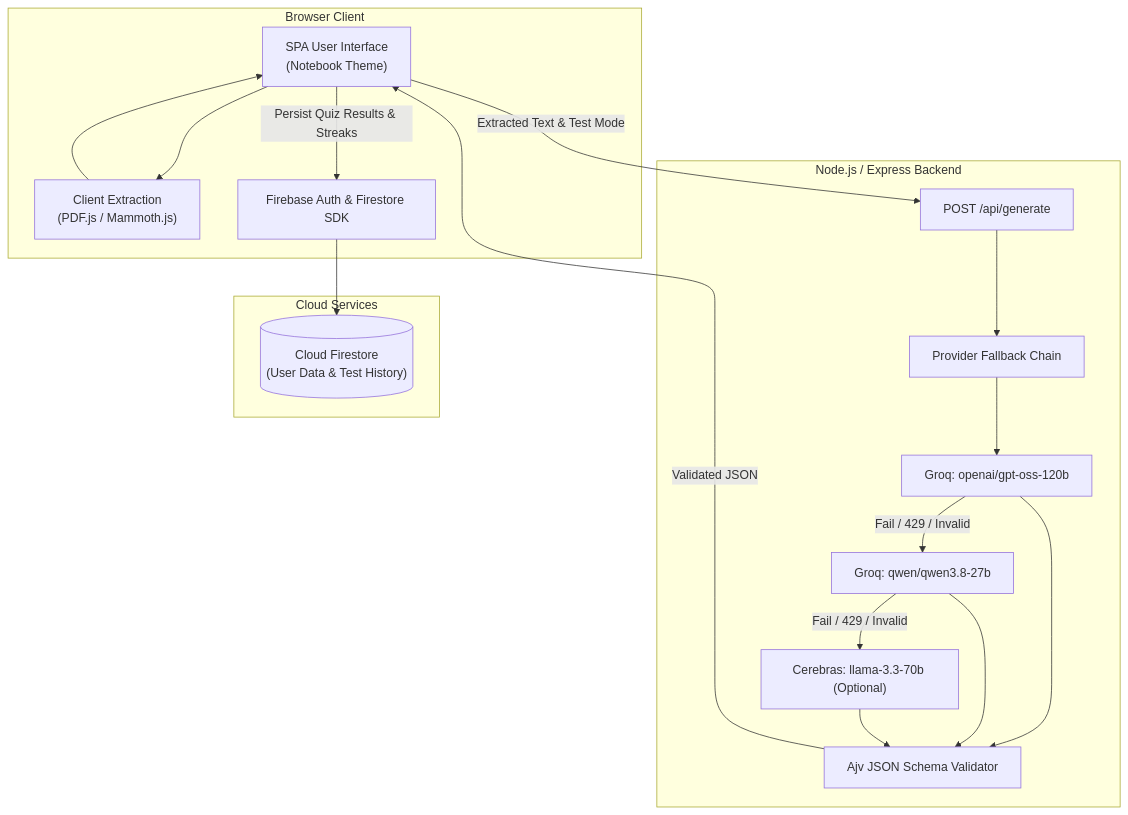
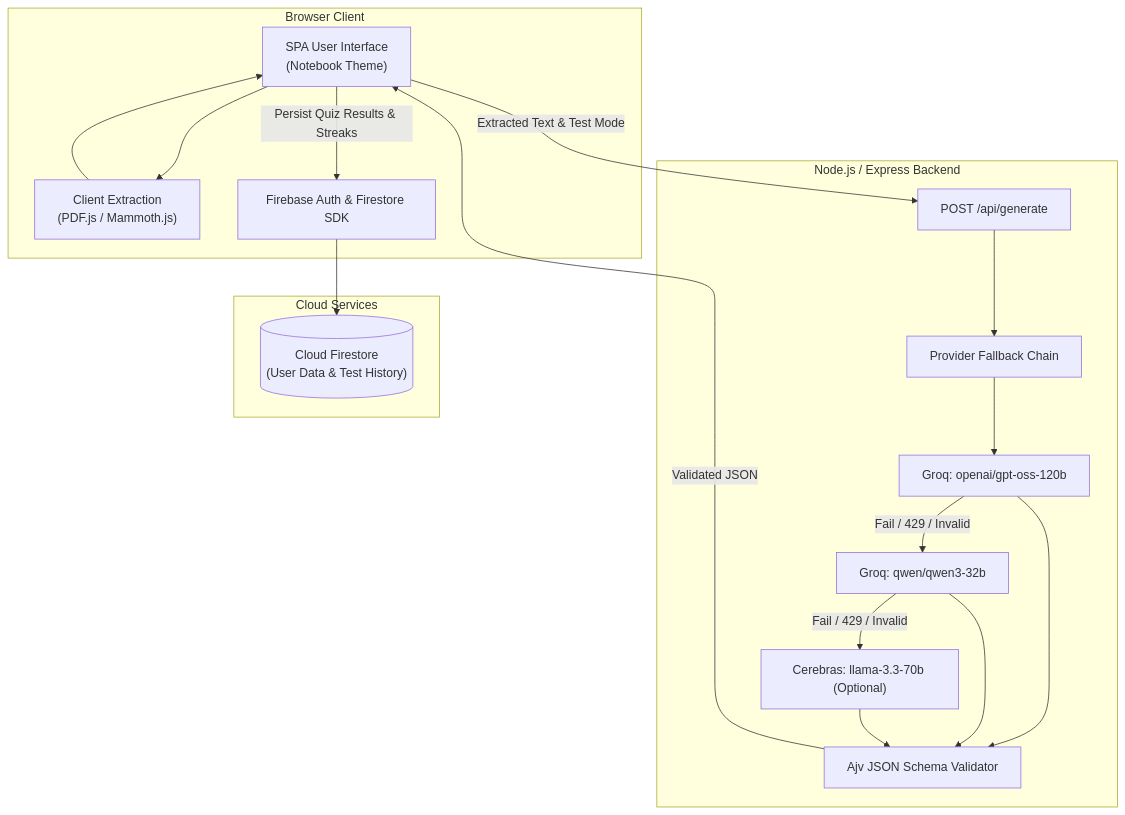
Before and after one commit to himani-2-git/testyAI: the diagram in README.md, drawn with Mermaid. The commit also changed other lines of this file and 7 other files, not shown here.

````diff
--- a/README.md
+++ b/README.md
@@ -101,35 +102,35 @@
 ```mermaid
 flowchart TD
   subgraph Client ["Browser Client"]
     UI["SPA User Interface\n(Notebook Theme)"]
     Extractor["Client Extraction\n(PDF.js / Mammoth.js)"]
     AuthClient["Firebase Auth & Firestore SDK"]
   end
 
   subgraph Server ["Node.js / Express Backend"]
     Endpoint["POST /api/generate"]
     Fallback["Provider Fallback Chain"]
     Groq1["Groq: openai/gpt-oss-120b"]
-    Groq2["Groq: qwen/qwen3.8-27b"]
+    Groq2["Groq: qwen/qwen3-32b"]
     Cerebras["Cerebras: llama-3.3-70b (Optional)"]
     AjvValidator["Ajv JSON Schema Validator"]
   end
 
   subgraph Cloud ["Cloud Services"]
     Firestore[("Cloud Firestore\n(User Data & Test History)")]
   end
 
   UI --> Extractor
   Extractor --> UI
   UI -- "Extracted Text & Test Mode" --> Endpoint
   Endpoint --> Fallback
   Fallback --> Groq1
   Groq1 -- "Fail / 429 / Invalid" --> Groq2
   Groq2 -- "Fail / 429 / Invalid" --> Cerebras
   Groq1 --> AjvValidator
   Groq2 --> AjvValidator
   Cerebras --> AjvValidator
   AjvValidator -- "Validated JSON" --> UI
   UI -- "Persist Quiz Results & Streaks" --> AuthClient
   AuthClient --> Firestore
 ```
````
